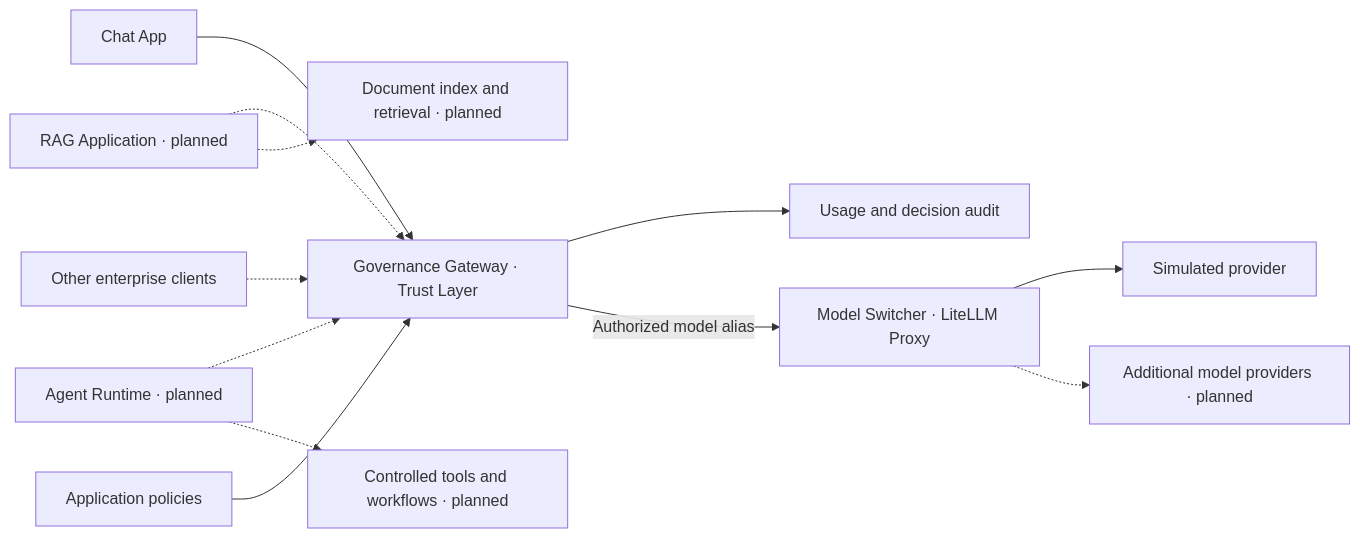
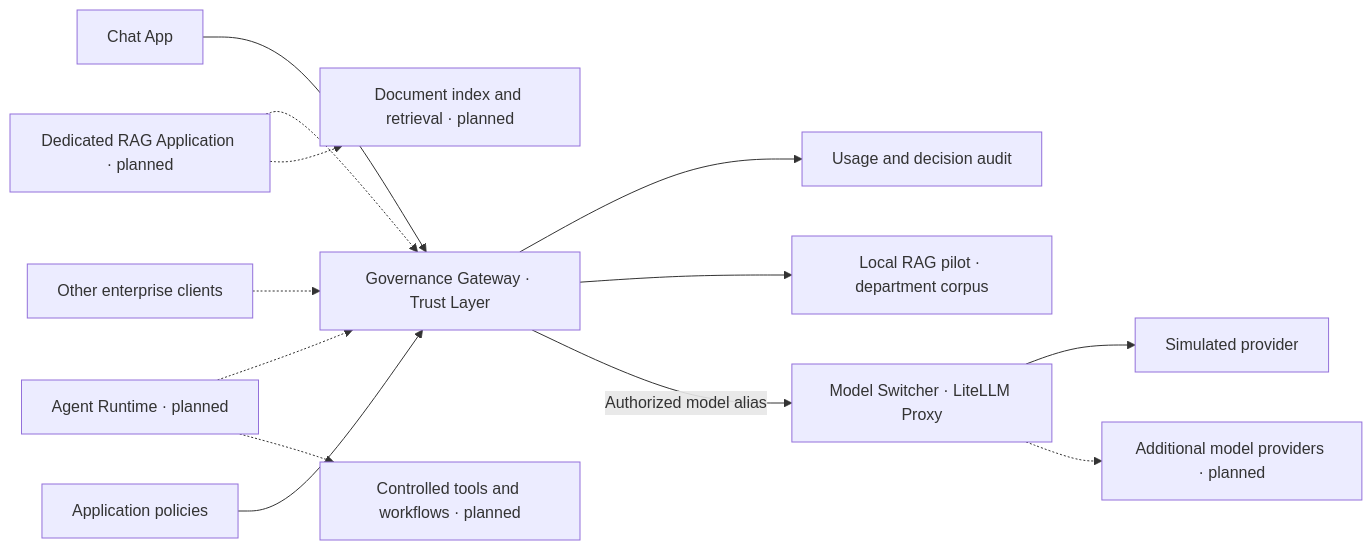
The diagram in README.md (tandrian06/eaaf), drawn with Mermaid before and after one commit. The commit also changed other lines of this file and 10 other files, not shown here.

Commit message:
Add a scoped local RAG pilot to department Chat

````diff
--- a/README.md
+++ b/README.md
@@ -9,16 +9,17 @@
 ```mermaid
 flowchart LR
     Chat["Chat App"] --> Gateway["Governance Gateway · Trust Layer"]
-    RAG["RAG Application · planned"] -.-> Gateway
+    RAG["Dedicated RAG Application · planned"] -.-> Gateway
     Agents["Agent Runtime · planned"] -.-> Gateway
     Apps["Other enterprise clients"] -.-> Gateway
 
     Policies["Application policies"] --> Gateway
     Gateway --> Audit["Usage and decision audit"]
+    Gateway --> LocalKnowledge["Local RAG pilot · department corpus"]
     Gateway -->|Authorized model alias| Switcher["Model Switcher · LiteLLM Proxy"]
     Switcher --> Mock["Simulated provider"]
     Switcher -.-> Providers["Additional model providers · planned"]
 
     RAG -.-> Knowledge["Document index and retrieval · planned"]
     Agents -.-> Tools["Controlled tools and workflows · planned"]
 ```
````
